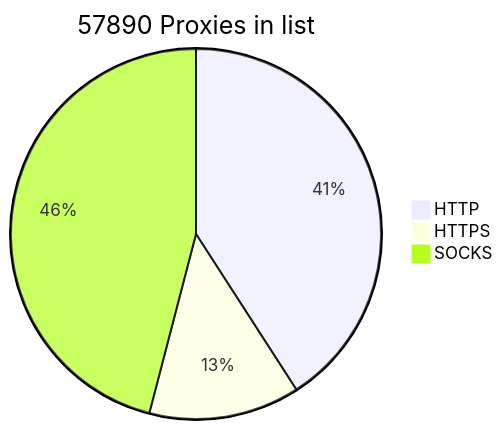
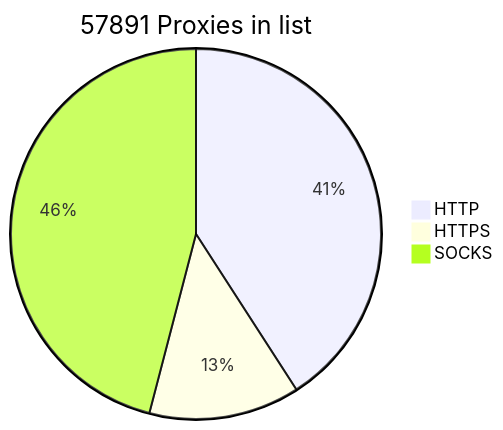
Before and after one commit to BlackSnowDot/proxylist-update-every-minute: the diagram in README.md, drawn with Mermaid.

````diff
--- a/README.md
+++ b/README.md
@@ -2,6 +2,6 @@
 ```mermaid
-pie title 57890 Proxies in list
+pie title 57891 Proxies in list
     "HTTP" : 26637
     "HTTPS": 8587
-    "SOCKS" : 29937
+    "SOCKS" : 29938
 ```
````
